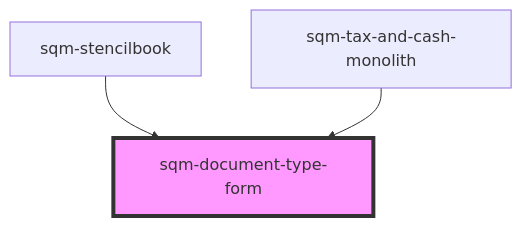
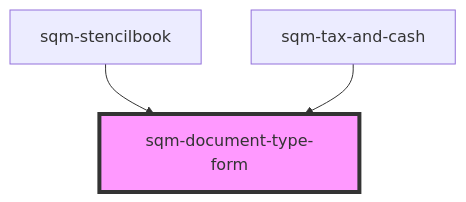
The diagram in packages/mint-components/src/components/tax-and-cash/sqm-document-type-form/readme.md (saasquatch/program-tools), drawn with Mermaid before and after one commit. The commit also changed other lines of this file and 21 other files, not shown here.

````diff
--- a/packages/mint-components/src/components/tax-and-cash/sqm-document-type-form/readme.md
+++ b/packages/mint-components/src/components/tax-and-cash/sqm-document-type-form/readme.md
@@ -36,6 +36,6 @@
 ```mermaid
 graph TD;
   sqm-stencilbook --> sqm-document-type-form
-  sqm-tax-and-cash-monolith --> sqm-document-type-form
+  sqm-tax-and-cash --> sqm-document-type-form
   style sqm-document-type-form fill:#f9f,stroke:#333,stroke-width:4px
 ```
````
